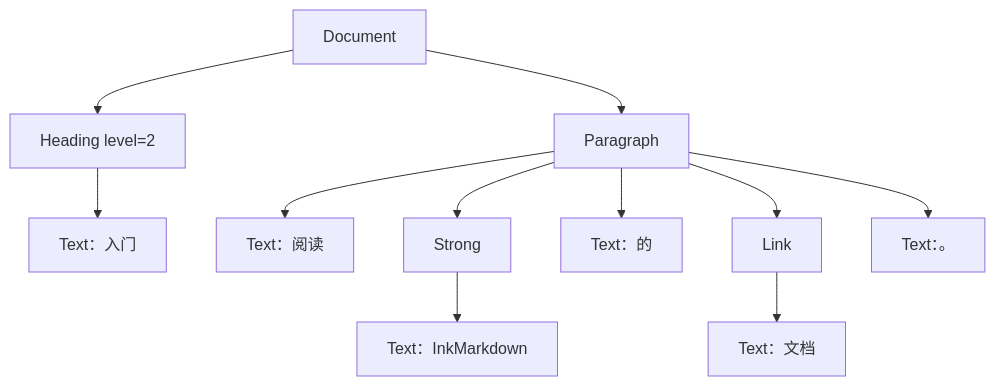
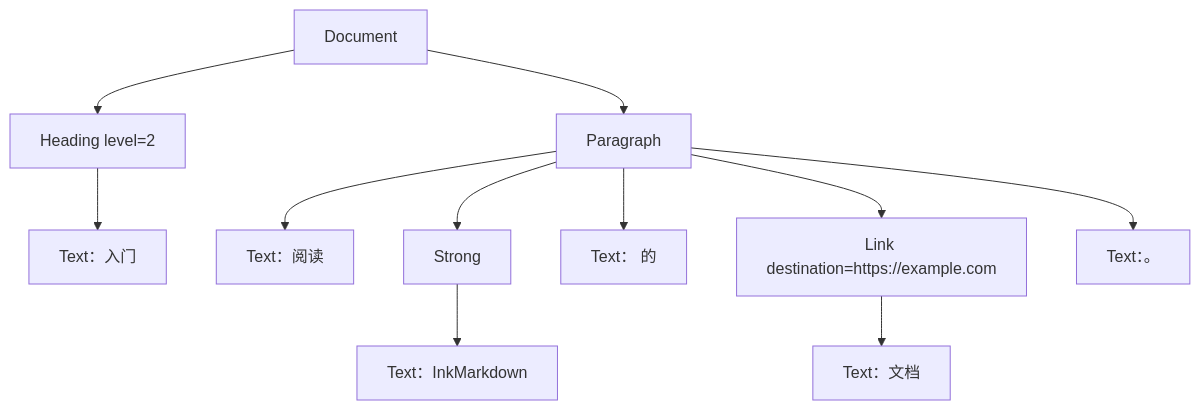
Before and after one commit to iAmMccc/InkMarkdown: the ninth of 10 diagrams in docs/learning-path/04-inkmarkdown-render-pipeline.md, drawn with Mermaid. The commit also changed other lines of this file and 13 other files, not shown here.

````diff
--- a/docs/learning-path/04-inkmarkdown-render-pipeline.md
+++ b/docs/learning-path/04-inkmarkdown-render-pipeline.md
@@ -230,13 +602,13 @@
 ```mermaid
 graph TD
   D["Document"] --> H["Heading level=2"]
   H --> HT["Text：入门"]
   D --> P["Paragraph"]
   P --> T1["Text：阅读 "]
   P --> S["Strong"]
   S --> T2["Text：InkMarkdown"]
-  P --> T3["Text：的 "]
-  P --> L["Link"]
+  P --> T3["Text： 的 "]
+  P --> L["Link destination=https://example.com"]
   L --> T4["Text：文档"]
   P --> T5["Text：。"]
 ```
````
